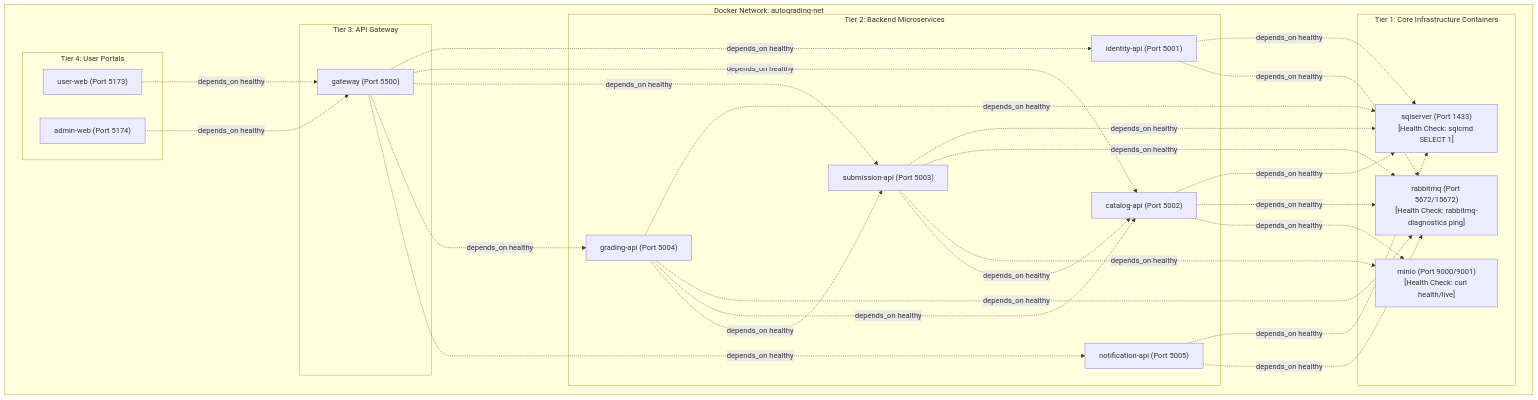
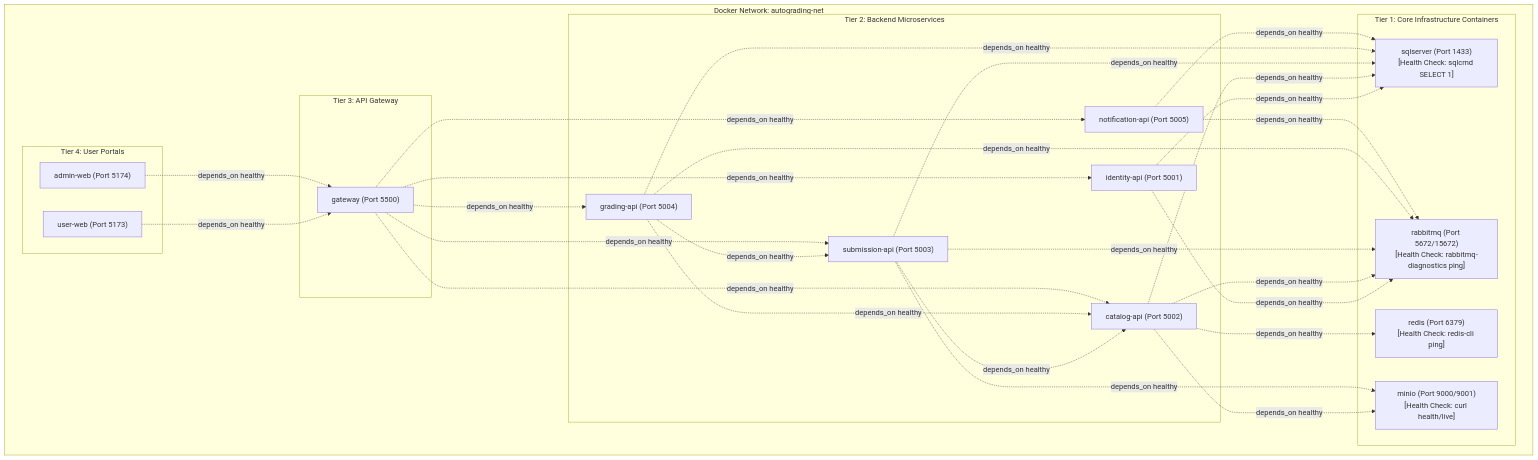
Before and after one commit to DangQuangSE/auto-grading-prn: the tenth of 10 diagrams in docs/architecture_conceptual_diagrams.md, drawn with Mermaid. The commit also changed other lines of this file and 37 other files, not shown here.

````diff
--- a/docs/architecture_conceptual_diagrams.md
+++ b/docs/architecture_conceptual_diagrams.md
@@ -419,56 +419,58 @@
 ```mermaid
 graph TD
     subgraph Docker_Network["Docker Network: autograding-net"]
         subgraph Tier_1_Infrastructure["Tier 1: Core Infrastructure Containers"]
             SQL["sqlserver (Port 1433)\n[Health Check: sqlcmd SELECT 1]"]
             RMQ["rabbitmq (Port 5672/15672)\n[Health Check: rabbitmq-diagnostics ping]"]
+            REDIS["redis (Port 6379)\n[Health Check: redis-cli ping]"]
             MINIO["minio (Port 9000/9001)\n[Health Check: curl health/live]"]
         end
 
         subgraph Tier_2_Core_Services["Tier 2: Backend Microservices"]
             IS["identity-api (Port 5001)"]
             CS["catalog-api (Port 5002)"]
             SS["submission-api (Port 5003)"]
             GS["grading-api (Port 5004)"]
             NS["notification-api (Port 5005)"]
         end
 
         subgraph Tier_3_Gateway["Tier 3: API Gateway"]
             GW["gateway (Port 5500)"]
         end
 
         subgraph Tier_4_Frontend["Tier 4: User Portals"]
             UW["user-web (Port 5173)"]
             AW["admin-web (Port 5174)"]
         end
     end
 
     IS ..->|depends_on healthy| SQL
     IS ..->|depends_on healthy| RMQ
 
     CS ..->|depends_on healthy| SQL
     CS ..->|depends_on healthy| RMQ
+    CS ..->|depends_on healthy| REDIS
     CS ..->|depends_on healthy| MINIO
 
     SS ..->|depends_on healthy| SQL
     SS ..->|depends_on healthy| RMQ
     SS ..->|depends_on healthy| MINIO
     SS ..->|depends_on healthy| CS
 
     GS ..->|depends_on healthy| SQL
     GS ..->|depends_on healthy| RMQ
     GS ..->|depends_on healthy| CS
     GS ..->|depends_on healthy| SS
 
     NS ..->|depends_on healthy| SQL
     NS ..->|depends_on healthy| RMQ
 
     GW ..->|depends_on healthy| IS
     GW ..->|depends_on healthy| CS
     GW ..->|depends_on healthy| SS
     GW ..->|depends_on healthy| GS
     GW ..->|depends_on healthy| NS
 
     UW ..->|depends_on healthy| GW
     AW ..->|depends_on healthy| GW
 ```
````
